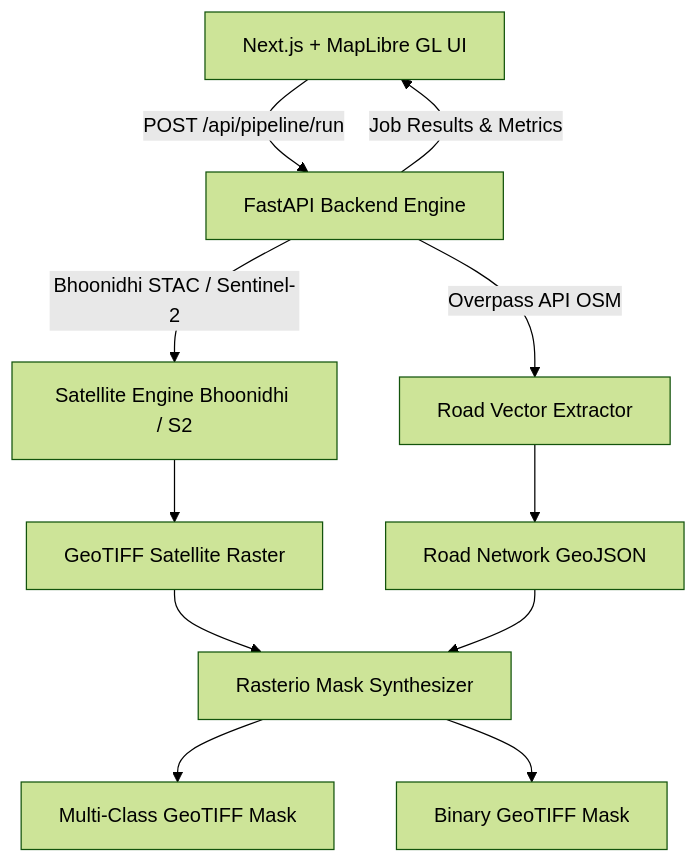
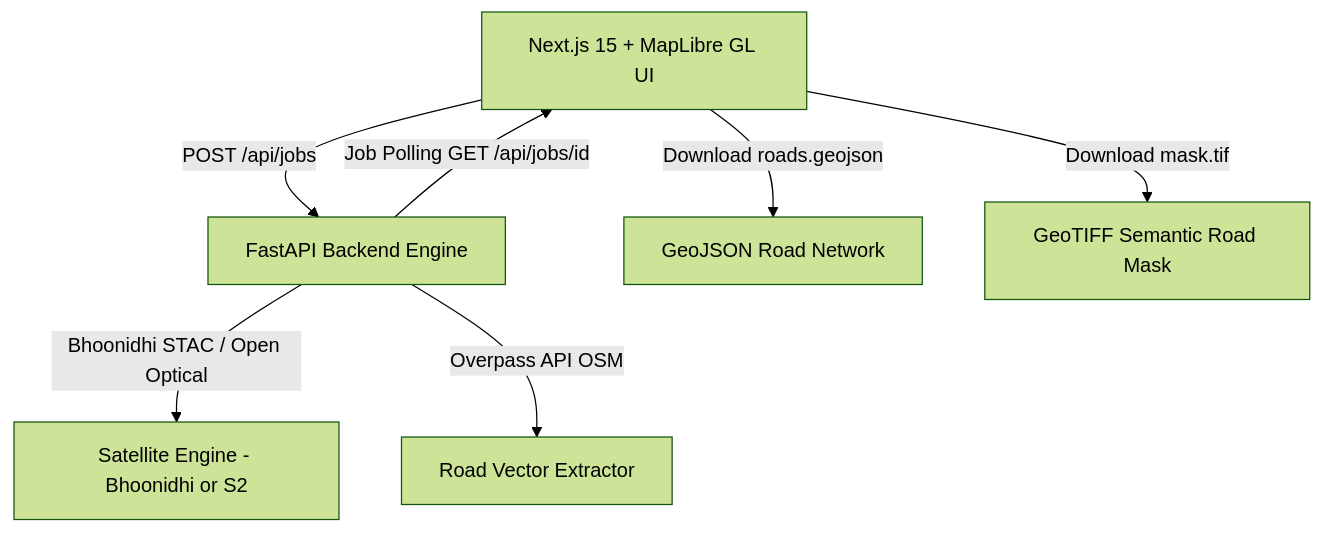
Before and after one commit to SaiPavanVetcha/satroad-mask-studio: the diagram in README.md, drawn with Mermaid (forest theme).

Commit message:
Revise architecture diagram in README
Updated architecture overview diagram to reflect changes in API endpoints and components.

````diff
--- a/README.md
+++ b/README.md
@@ -36,13 +36,9 @@
 ```mermaid
 graph TD
-    Client[Next.js + MapLibre GL UI] -->|POST /api/pipeline/run| FastAPI[FastAPI Backend Engine]
-    FastAPI -->|Bhoonidhi STAC / Sentinel-2| SatModule[Satellite Engine Bhoonidhi / S2]
-    FastAPI -->|Overpass API OSM| OSMModule[Road Vector Extractor]
-    SatModule --> GeoTIFF[GeoTIFF Satellite Raster]
-    OSMModule --> GeoJSON[Road Network GeoJSON]
-    GeoTIFF --> Rasterio[Rasterio Mask Synthesizer]
-    GeoJSON --> Rasterio
-    Rasterio --> MulticlassMask[Multi-Class GeoTIFF Mask]
-    Rasterio --> BinaryMask[Binary GeoTIFF Mask]
-    FastAPI -->|Job Results & Metrics| Client
+    Client["Next.js 15 + MapLibre GL UI"] -->|POST /api/jobs| FastAPI["FastAPI Backend Engine"]
+    FastAPI -->|Bhoonidhi STAC / Open Optical| SatModule["Satellite Engine - Bhoonidhi or S2"]
+    FastAPI -->|Overpass API OSM| OSMModule["Road Vector Extractor"]
+    FastAPI -->|Job Polling GET /api/jobs/id| Client
+    Client -->|Download roads.geojson| GeoJSON["GeoJSON Road Network"]
+    Client -->|Download mask.tif| GeoTIFF["GeoTIFF Semantic Road Mask"]
 ```
````
